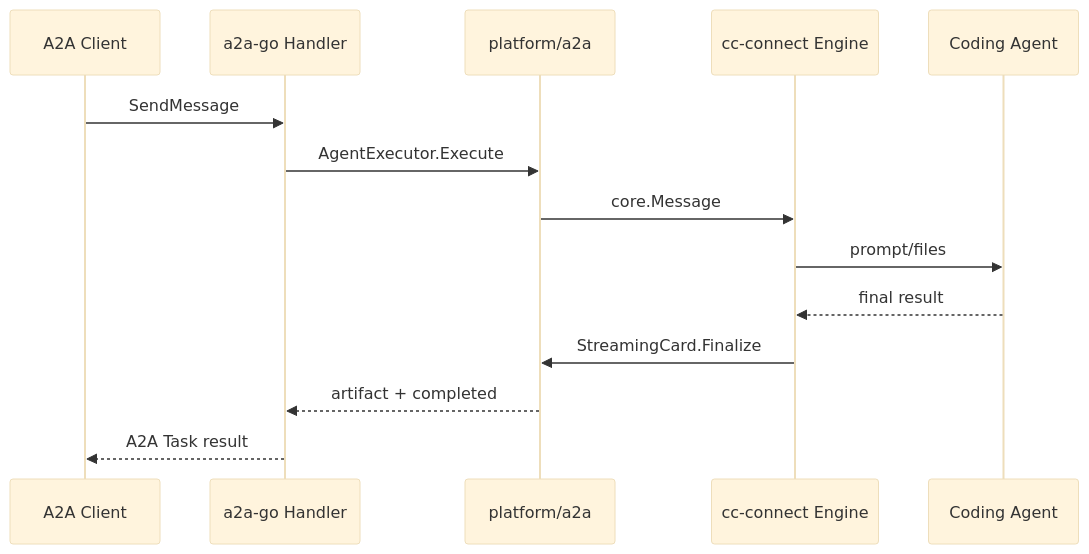
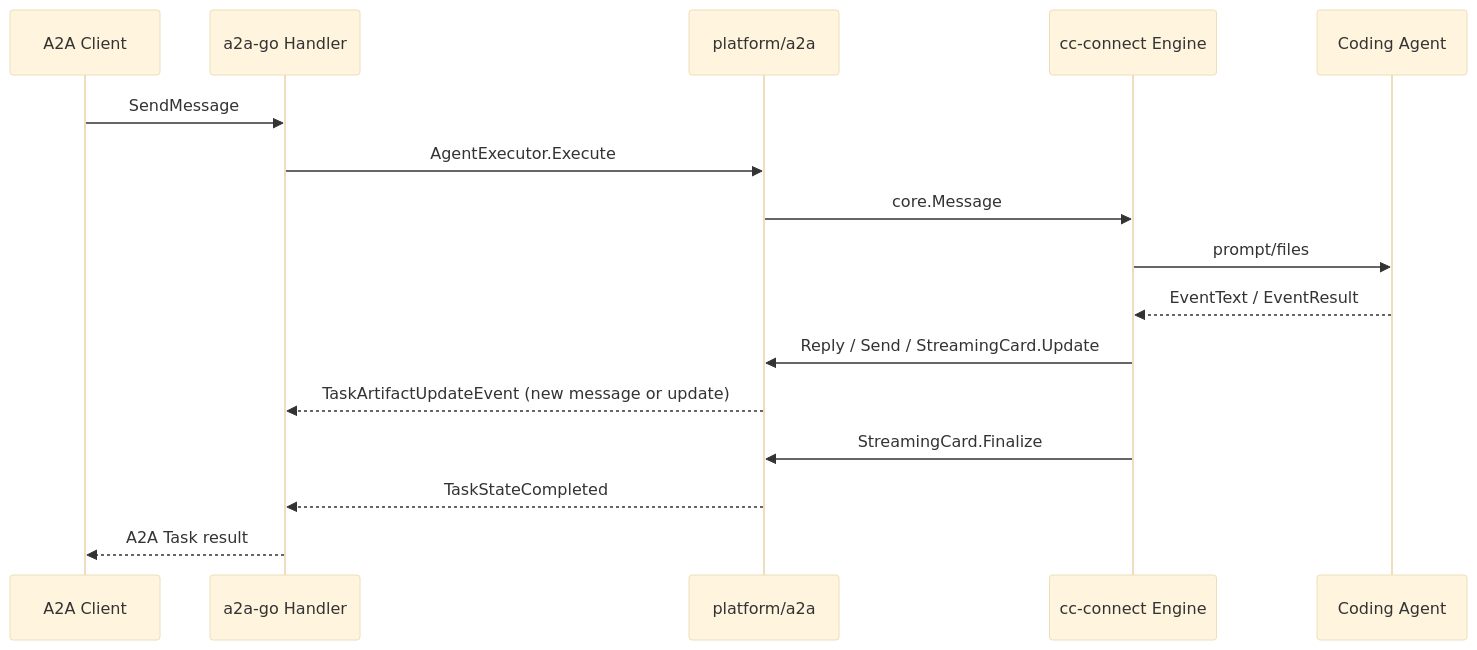
The diagram in docs/a2a.md (lengzhao/cc-connect), drawn with Mermaid (base theme) before and after one commit. The commit also changed other lines of this file and 2 other files, not shown here.

Commit message:
feat a2a stream multiple artifacts while task stays working
Reply and Send emit independent artifacts, StreamingCard updates replace one artifact in place like Feishu/Slack progress messages, and Finalize marks the A2A task completed.

````diff
--- a/docs/a2a.md
+++ b/docs/a2a.md
@@ -113,17 +113,19 @@
 ```mermaid
 sequenceDiagram
   participant Client as A2A Client
   participant SDK as a2a-go Handler
   participant Platform as platform/a2a
   participant Engine as cc-connect Engine
   participant Agent as Coding Agent
 
   Client->>SDK: SendMessage
   SDK->>Platform: AgentExecutor.Execute
   Platform->>Engine: core.Message
   Engine->>Agent: prompt/files
-  Agent-->>Engine: final result
+  Agent-->>Engine: EventText / EventResult
+  Engine->>Platform: Reply / Send / StreamingCard.Update
+  Platform-->>SDK: TaskArtifactUpdateEvent (new message or update)
   Engine->>Platform: StreamingCard.Finalize
-  Platform-->>SDK: artifact + completed
+  Platform-->>SDK: TaskStateCompleted
   SDK-->>Client: A2A Task result
 ```
````
